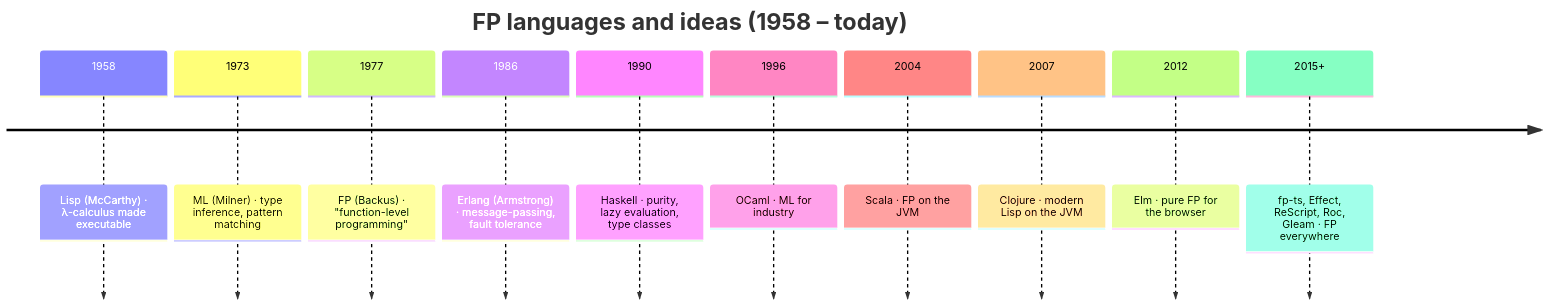
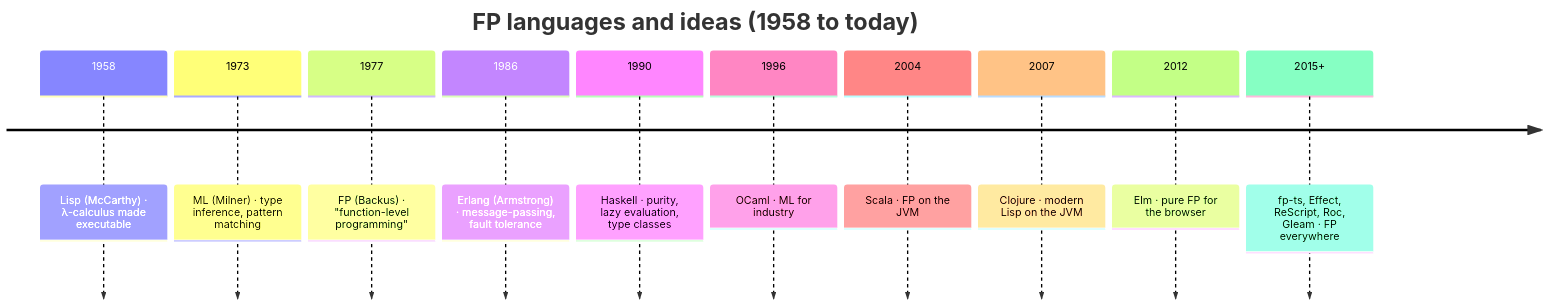
The first of 2 diagrams in content/courses/functional-programming-typescript/roots-of-functional-thinking.mdx (dataslope/dataslope), drawn with Mermaid before and after one commit. The commit also changed 31 other files, not shown here.

````diff
--- a/content/courses/functional-programming-typescript/roots-of-functional-thinking.mdx
+++ b/content/courses/functional-programming-typescript/roots-of-functional-thinking.mdx
@@ -87,14 +87,14 @@
 ```mermaid
 timeline
-    title FP languages and ideas (1958 – today)
+    title FP languages and ideas (1958 to today)
     1958 : Lisp (McCarthy)  ·  λ-calculus made executable
     1973 : ML (Milner) · type inference, pattern matching
     1977 : FP (Backus) · "function-level programming"
     1986 : Erlang (Armstrong) · message-passing, fault tolerance
     1990 : Haskell · purity, lazy evaluation, type classes
     1996 : OCaml · ML for industry
     2004 : Scala · FP on the JVM
     2007 : Clojure · modern Lisp on the JVM
     2012 : Elm · pure FP for the browser
     2015+ : fp-ts, Effect, ReScript, Roc, Gleam · FP everywhere
 ```
````
